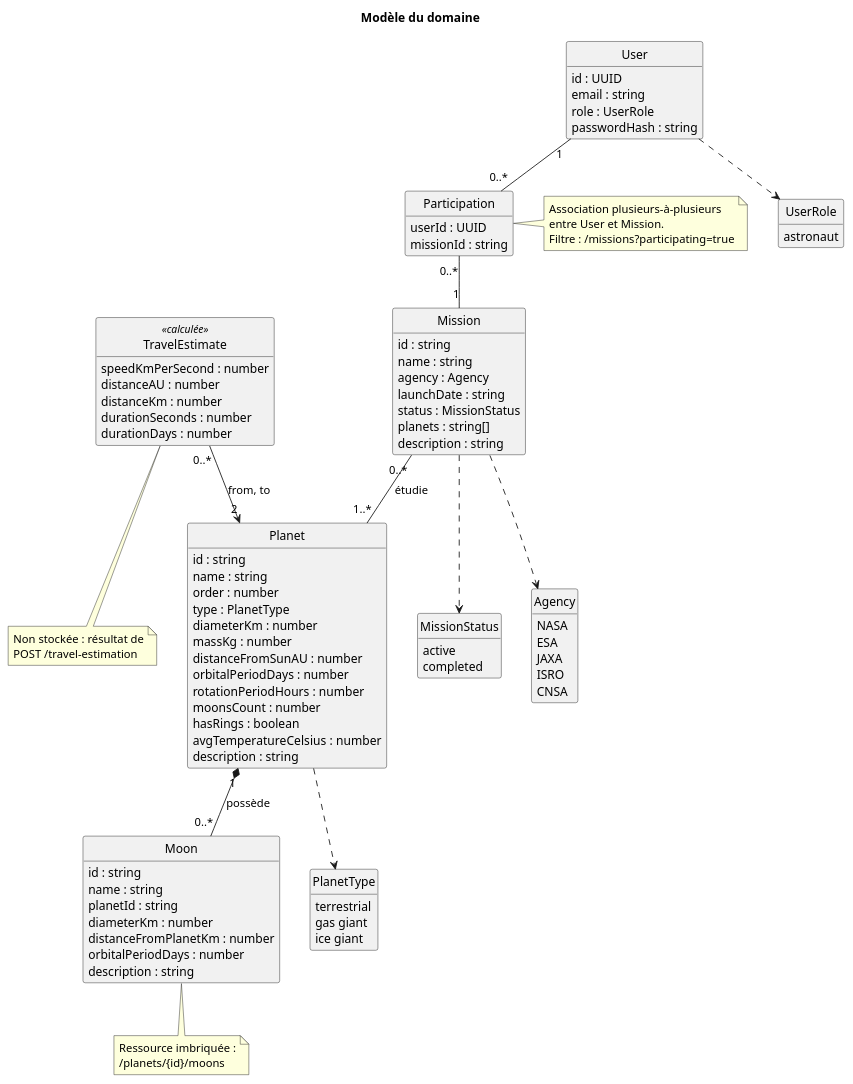
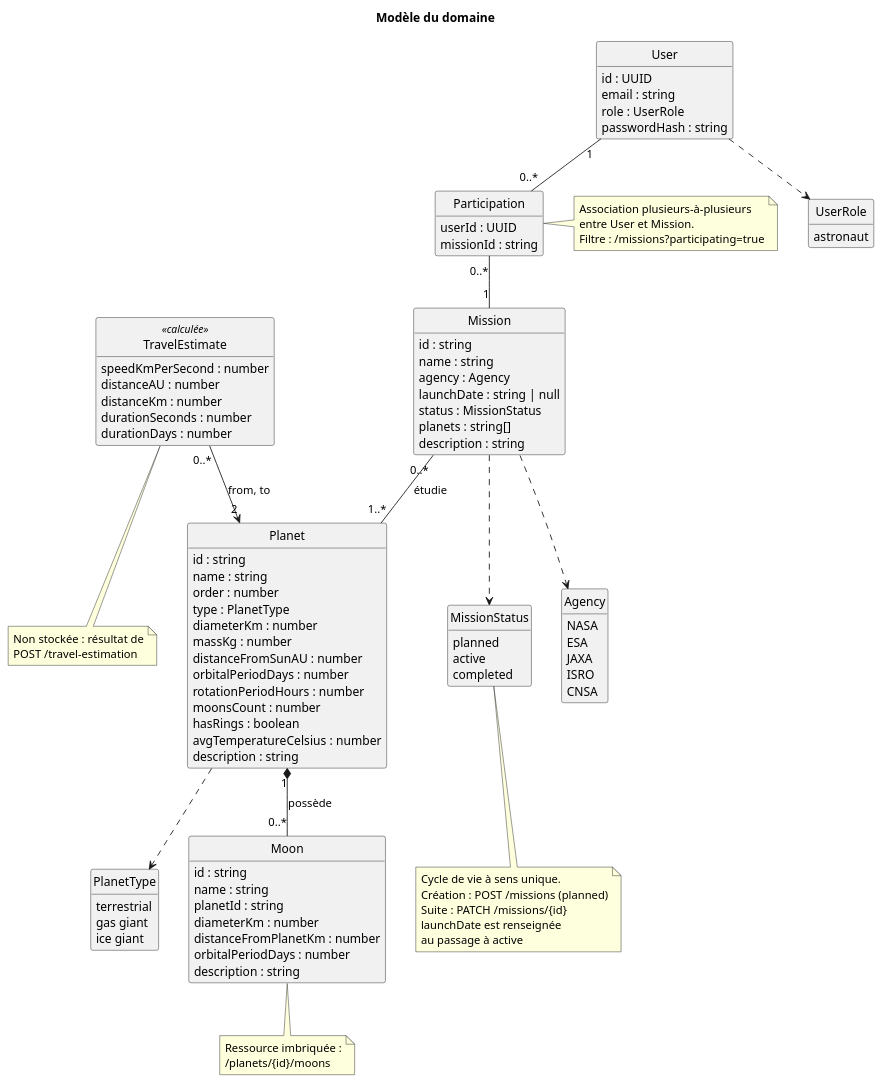
Before and after one commit to shrp777/planets-api: the diagram in docs/schemas/modele-domaine.puml, drawn with PlantUML. The commit also changed 20 other files, not shown here.

```diff
--- a/docs/schemas/modele-domaine.puml
+++ b/docs/schemas/modele-domaine.puml
@@ -1,113 +1,122 @@
 @startuml modele-domaine
 title Modèle du domaine
 
 hide circle
 hide methods
 skinparam classAttributeIconSize 0
 
 class Planet {
   id : string
   name : string
   order : number
   type : PlanetType
   diameterKm : number
   massKg : number
   distanceFromSunAU : number
   orbitalPeriodDays : number
   rotationPeriodHours : number
   moonsCount : number
   hasRings : boolean
   avgTemperatureCelsius : number
   description : string
 }
 
 class Moon {
   id : string
   name : string
   planetId : string
   diameterKm : number
   distanceFromPlanetKm : number
   orbitalPeriodDays : number
   description : string
 }
 
 class Mission {
   id : string
   name : string
   agency : Agency
-  launchDate : string
+  launchDate : string | null
   status : MissionStatus
   planets : string[]
   description : string
 }
 
 class User {
   id : UUID
   email : string
   role : UserRole
   passwordHash : string
 }
 
 class Participation {
   userId : UUID
   missionId : string
 }
 
 class TravelEstimate <<calculée>> {
   speedKmPerSecond : number
   distanceAU : number
   distanceKm : number
   durationSeconds : number
   durationDays : number
 }
 
 enum PlanetType {
   terrestrial
   gas giant
   ice giant
 }
 
 enum Agency {
   NASA
   ESA
   JAXA
   ISRO
   CNSA
 }
 
 enum MissionStatus {
+  planned
   active
   completed
 }
 
 enum UserRole {
   astronaut
 }
 
 Planet "1" *-- "0..*" Moon : possède
 Mission "0..*" -- "1..*" Planet : étudie
 User "1" -- "0..*" Participation
 Participation "0..*" -- "1" Mission
 TravelEstimate "0..*" --> "2" Planet : from, to
 
 Planet ..> PlanetType
 Mission ..> Agency
 Mission ..> MissionStatus
 User ..> UserRole
 
 note bottom of Moon
   Ressource imbriquée :
   /planets/{id}/moons
 end note
 
 note right of Participation
   Association plusieurs-à-plusieurs
   entre User et Mission.
   Filtre : /missions?participating=true
 end note
 
+note bottom of MissionStatus
+  Cycle de vie à sens unique.
+  Création : POST /missions (planned)
+  Suite : PATCH /missions/{id}
+  launchDate est renseignée
+  au passage à active
+end note
+
 note bottom of TravelEstimate
   Non stockée : résultat de
   POST /travel-estimation
 end note
 @enduml
```
